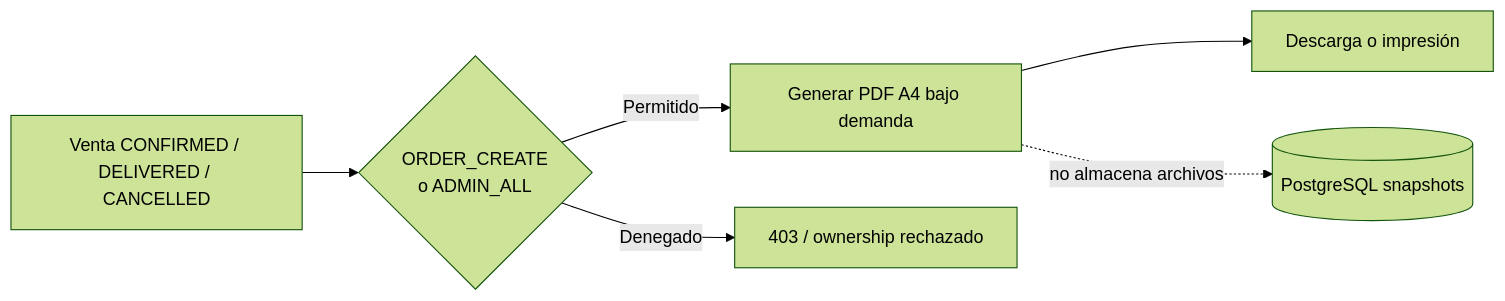
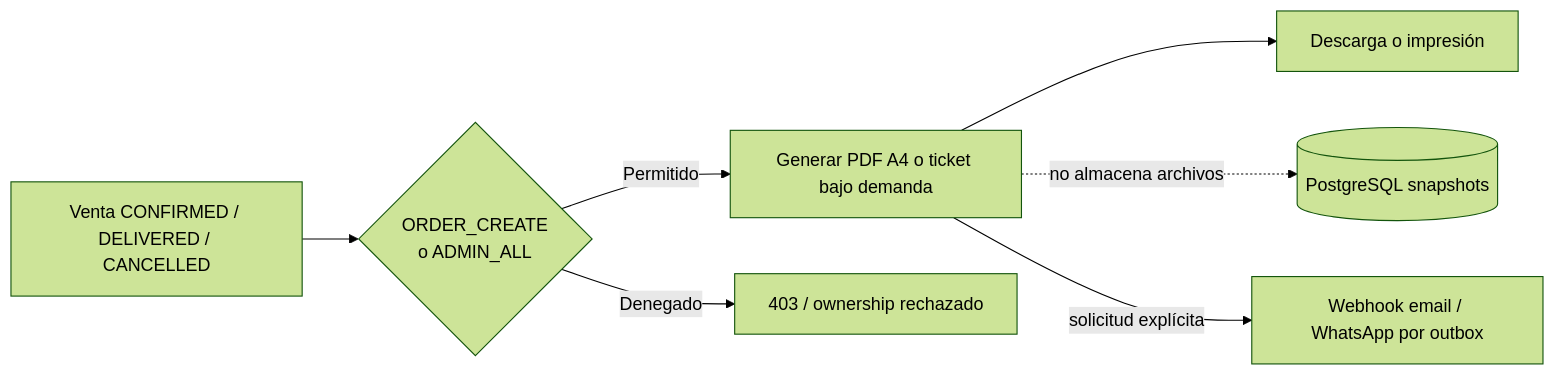
Before and after one commit to Martinrc93/distribuidoraCore: the fifth of 7 diagrams in docs/architecture/current-state.md, drawn with Mermaid (forest theme). The commit also changed other lines of this file and 111 other files, not shown here.

````diff
--- a/docs/architecture/current-state.md
+++ b/docs/architecture/current-state.md
@@ -117,8 +118,9 @@
 ```mermaid
 flowchart LR
     Sale[Venta CONFIRMED / DELIVERED / CANCELLED] --> Access{ORDER_CREATE<br/>o ADMIN_ALL}
-    Access -->|Permitido| Pdf[Generar PDF A4 bajo demanda]
+    Access -->|Permitido| Pdf[Generar PDF A4 o ticket bajo demanda]
     Access -->|Denegado| Forbidden[403 / ownership rechazado]
     Pdf --> Browser[Descarga o impresión]
     Pdf -. no almacena archivos .-> DB[(PostgreSQL snapshots)]
+    Pdf -->|solicitud explícita| Outbox[Webhook email / WhatsApp por outbox]
 ```
````
